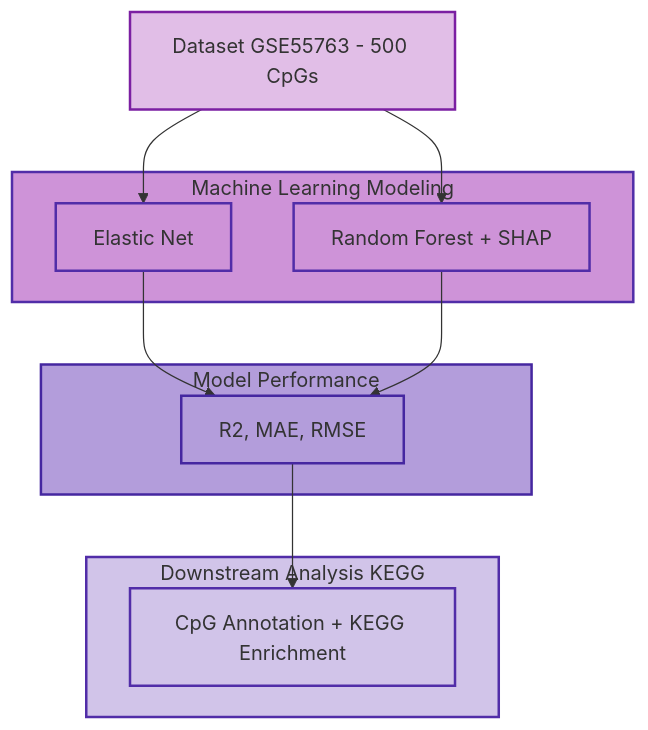
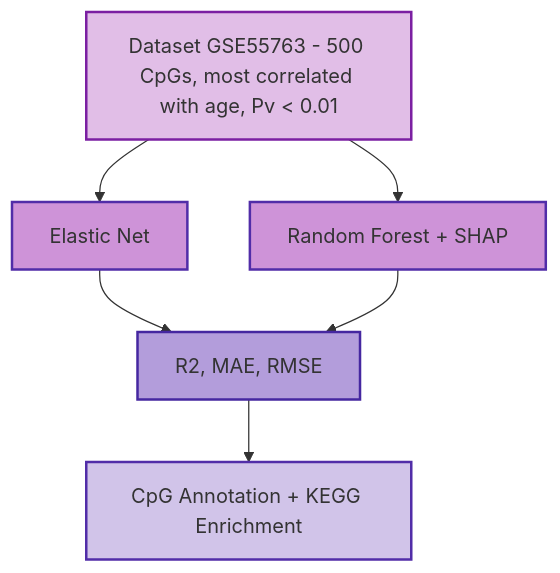
The diagram in README.md (Magal88/BINF7700_Capstone_Eisik_Magali), drawn with Mermaid before and after one commit.

````diff
--- a/README.md
+++ b/README.md
@@ -10,36 +10,20 @@
 ```mermaid
 flowchart TD
     %% Input
-    A[Dataset GSE55763 - 500 CpGs]
-
-    %% Machine Learning Modeling
-    subgraph ML [Machine Learning Modeling]
-        B[Elastic Net]
-        C[Random Forest + SHAP]
-    end
-    A --> B
-    A --> C
+    A[Dataset GSE55763 - 500 CpGs, most correlated with age, Pv &lt; 0.01] --> B[Elastic Net]
+    A --> C[Random Forest + SHAP]
 
     %% Model Performance
-    subgraph Eval [Model Performance]
-        D[R2, MAE, RMSE]
-    end
-    B --> D
+    B --> D[R2, MAE, RMSE]
     C --> D
 
     %% Downstream Analysis
-    subgraph Downstream [Downstream Analysis KEGG]
-        E[CpG Annotation + KEGG Enrichment]
-    end
-    D --> E
+    D --> E[CpG Annotation + KEGG Enrichment]
 
     %% Styles
     style A fill:#e1bee7,stroke:#7b1fa2,stroke-width:2px
-    style ML fill:#ce93d8,stroke:#512da8,stroke-width:2px
     style B fill:#ce93d8,stroke:#512da8,stroke-width:2px
     style C fill:#ce93d8,stroke:#512da8,stroke-width:2px
-    style Eval fill:#b39ddb,stroke:#4527a0,stroke-width:2px
     style D fill:#b39ddb,stroke:#4527a0,stroke-width:2px
-    style Downstream fill:#d1c4e9,stroke:#512da8,stroke-width:2px
     style E fill:#d1c4e9,stroke:#512da8,stroke-width:2px
 ```
````
